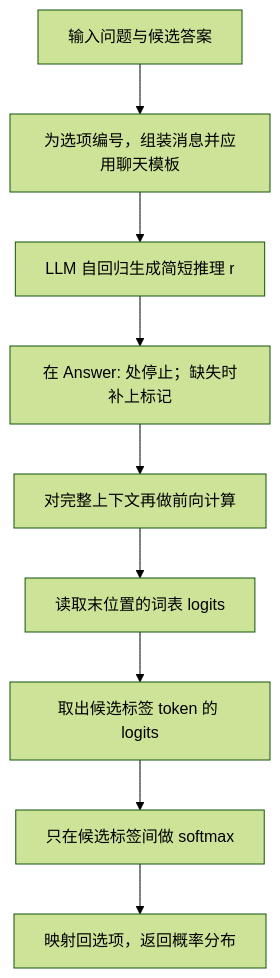
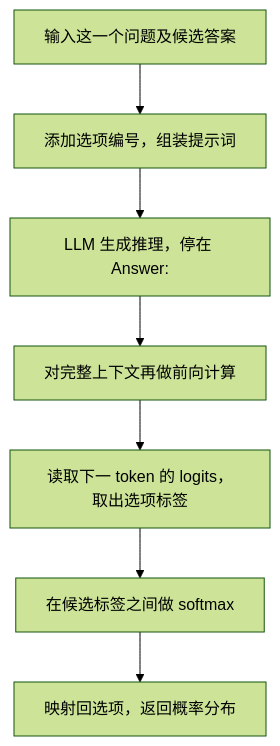
Before and after one commit to kirito-325/kirito_blog: the diagram in _posts/2026-11-08-openjev-rlcd-paper-reading-1.md, drawn with Mermaid (forest theme). The commit also changed other lines of this file and 4 other files, not shown here.

````diff
--- a/_posts/2026-11-08-openjev-rlcd-paper-reading-1.md
+++ b/_posts/2026-11-08-openjev-rlcd-paper-reading-1.md
@@ -323,11 +202,9 @@
 ```mermaid
 flowchart TD
-    A["输入问题与候选答案"] --> B["为选项编号，组装消息并应用聊天模板"]
-    B --> C["LLM 自回归生成简短推理 r"]
-    C --> D["在 Answer: 处停止；缺失时补上标记"]
-    D --> E["对完整上下文再做前向计算"]
-    E --> F["读取末位置的词表 logits"]
-    F --> G["取出候选标签 token 的 logits"]
-    G --> H["只在候选标签间做 softmax"]
-    H --> I["映射回选项，返回概率分布"]
+    A["输入这一个问题及候选答案"] --> B["添加选项编号，组装提示词"]
+    B --> C["LLM 生成推理，停在 Answer:"]
+    C --> D["对完整上下文再做前向计算"]
+    D --> E["读取下一 token 的 logits，取出选项标签"]
+    E --> F["在候选标签之间做 softmax"]
+    F --> G["映射回选项，返回概率分布"]
 ```
````
